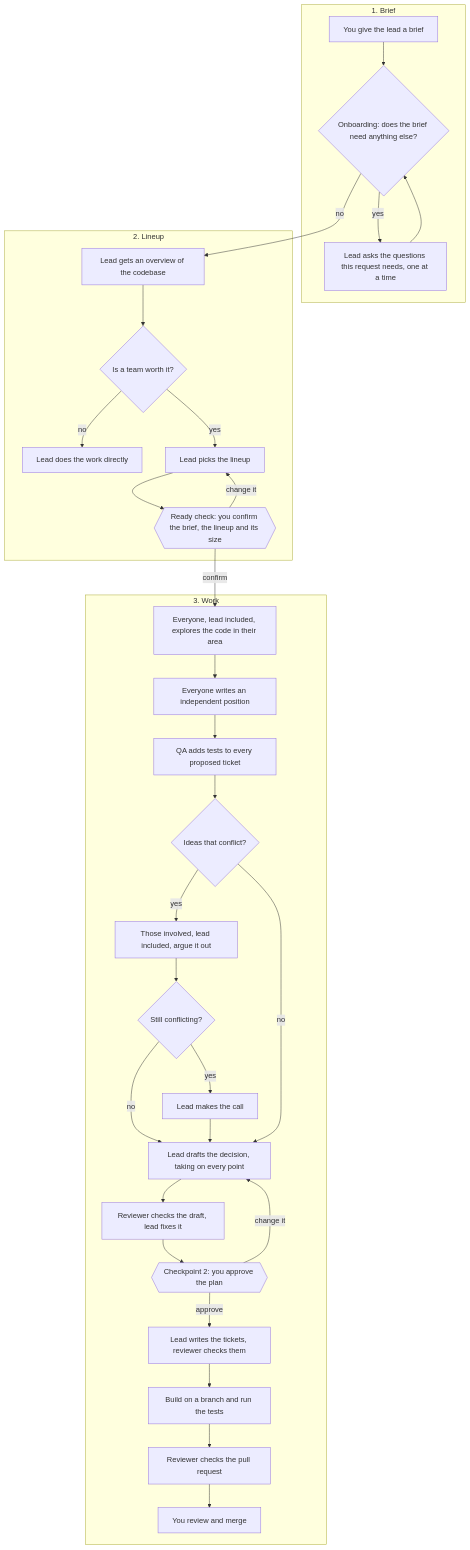
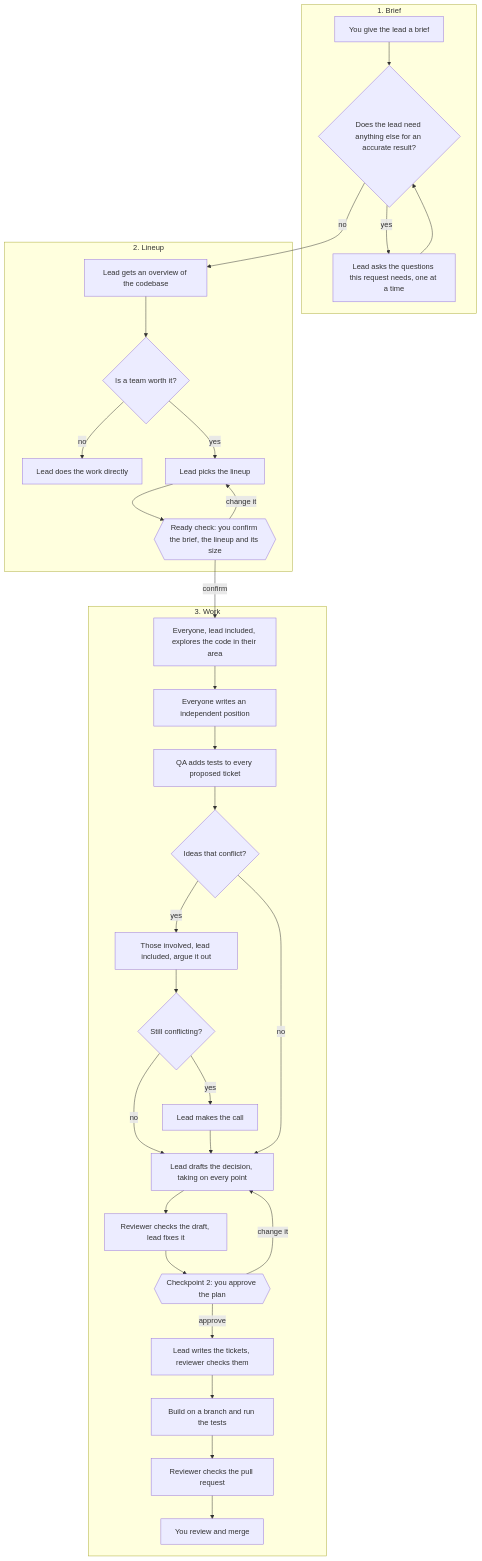
Before and after one commit to SamNewhouse/engineering-team: the diagram in README.md, drawn with Mermaid. The commit also changed other lines of this file and 1 other file, not shown here.

Commit message:
docs: reframe onboarding as clarifying the brief, with preference questions

````diff
--- a/README.md
+++ b/README.md
@@ -13,38 +13,38 @@
 ```mermaid
 flowchart TD
     subgraph P1["1. Brief"]
-        A["You give the lead a brief"] --> B{"Onboarding: does the brief need anything else?"}
+        A["You give the lead a brief"] --> B{"Does the lead need anything else for an accurate result?"}
         B -- "yes" --> C["Lead asks the questions this request needs, one at a time"]
         C --> B
     end
 
     subgraph P2["2. Lineup"]
         D["Lead gets an overview of the codebase"] --> E{"Is a team worth it?"}
         E -- "no" --> F["Lead does the work directly"]
         E -- "yes" --> G["Lead picks the lineup"]
         G --> H{{"Ready check: you confirm the brief, the lineup and its size"}}
         H -- "change it" --> G
     end
 
     subgraph P3["3. Work"]
         I["Everyone, lead included, explores the code in their area"] --> I2["Everyone writes an independent position"]
         I2 --> J["QA adds tests to every proposed ticket"]
         J --> K{"Ideas that conflict?"}
         K -- "yes" --> L["Those involved, lead included, argue it out"]
         L --> L2{"Still conflicting?"}
         L2 -- "yes" --> L3["Lead makes the call"]
         L2 -- "no" --> M
         L3 --> M["Lead drafts the decision, taking on every point"]
         K -- "no" --> M
         M --> N["Reviewer checks the draft, lead fixes it"]
         N --> O{{"Checkpoint 2: you approve the plan"}}
         O -- "change it" --> M
         O -- "approve" --> Q["Lead writes the tickets, reviewer checks them"]
         Q --> R["Build on a branch and run the tests"]
         R --> S["Reviewer checks the pull request"]
         S --> T["You review and merge"]
     end
 
     B -- "no" --> D
     H -- "confirm" --> I
 ```
````
